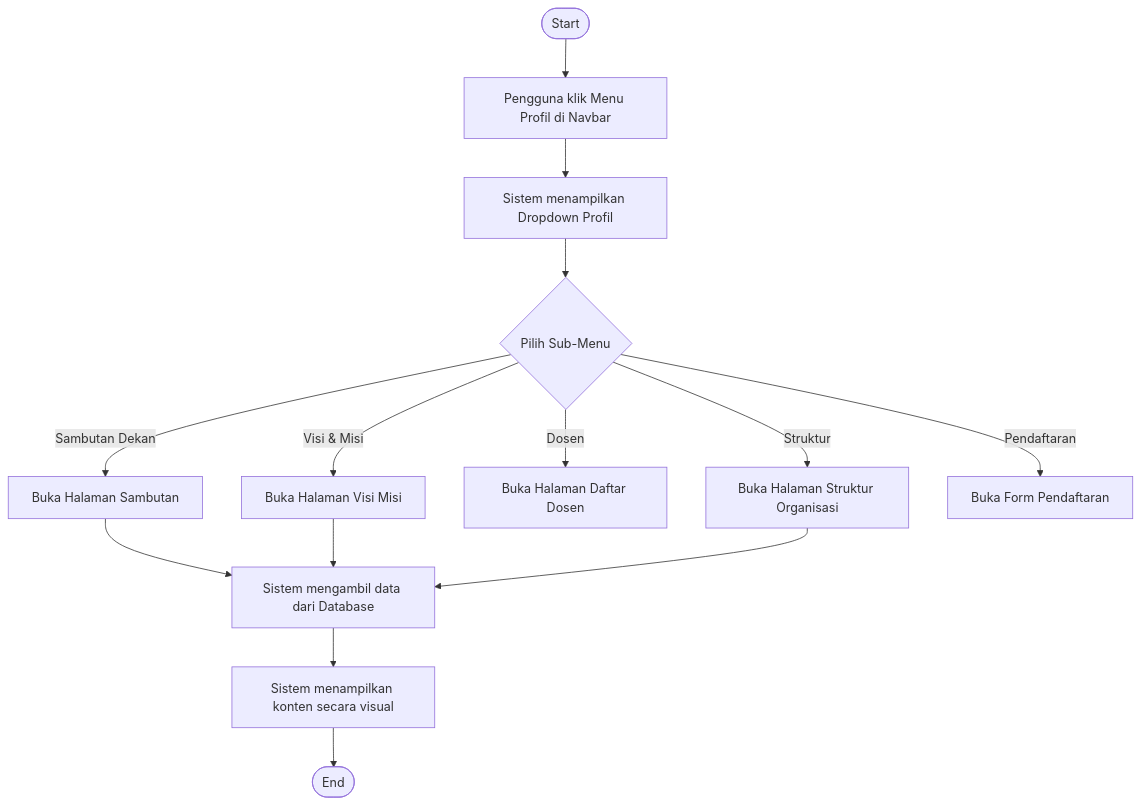
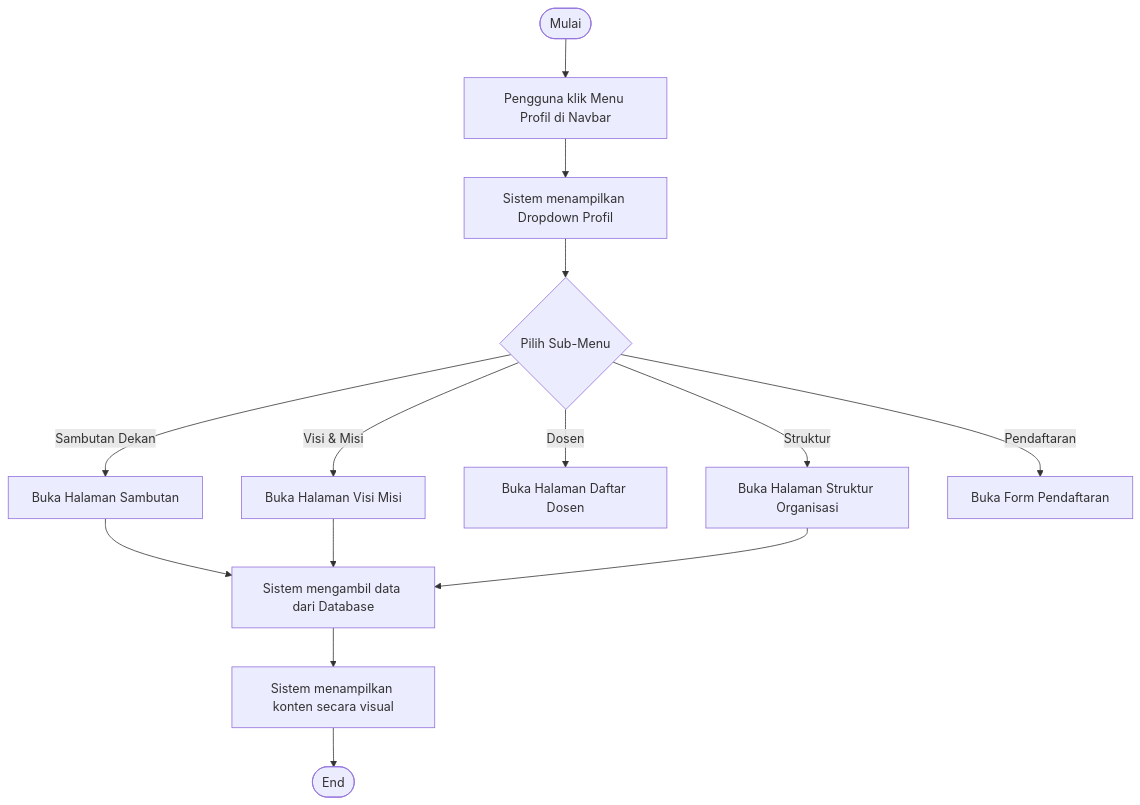
The first of 5 diagrams in docs/activity_diagram_profil.md (arbain-dev/Web_fikom), drawn with Mermaid before and after one commit. The commit also changed other lines of this file and 7 other files, not shown here.

Commit message:
docs: standarisasi semua awal flowchart diagram menjadi 'Mulai'

````diff
--- a/docs/activity_diagram_profil.md
+++ b/docs/activity_diagram_profil.md
@@ -11,19 +11,19 @@
 ```mermaid
 flowchart TD
-    Start([Start]) --> UserAction[Pengguna klik Menu Profil di Navbar]
+    Mulai([Mulai]) --> UserAction[Pengguna klik Menu Profil di Navbar]
     UserAction --> Dropdown[Sistem menampilkan Dropdown Profil]
     
     Dropdown --> SubMenu{Pilih Sub-Menu}
     SubMenu -- "Sambutan Dekan" --> OpenSambutan[Buka Halaman Sambutan]
     SubMenu -- "Visi & Misi" --> OpenVM[Buka Halaman Visi Misi]
     SubMenu -- "Dosen" --> OpenDosen[Buka Halaman Daftar Dosen]
     SubMenu -- "Struktur" --> OpenStruktur[Buka Halaman Struktur Organisasi]
     SubMenu -- "Pendaftaran" --> OpenDaftar[Buka Form Pendaftaran]
     
     OpenSambutan --> ViewContent[Sistem mengambil data dari Database]
     OpenVM --> ViewContent
     OpenStruktur --> ViewContent
     
     ViewContent --> Render[Sistem menampilkan konten secara visual]
     Render --> End([End])
 ```
````
